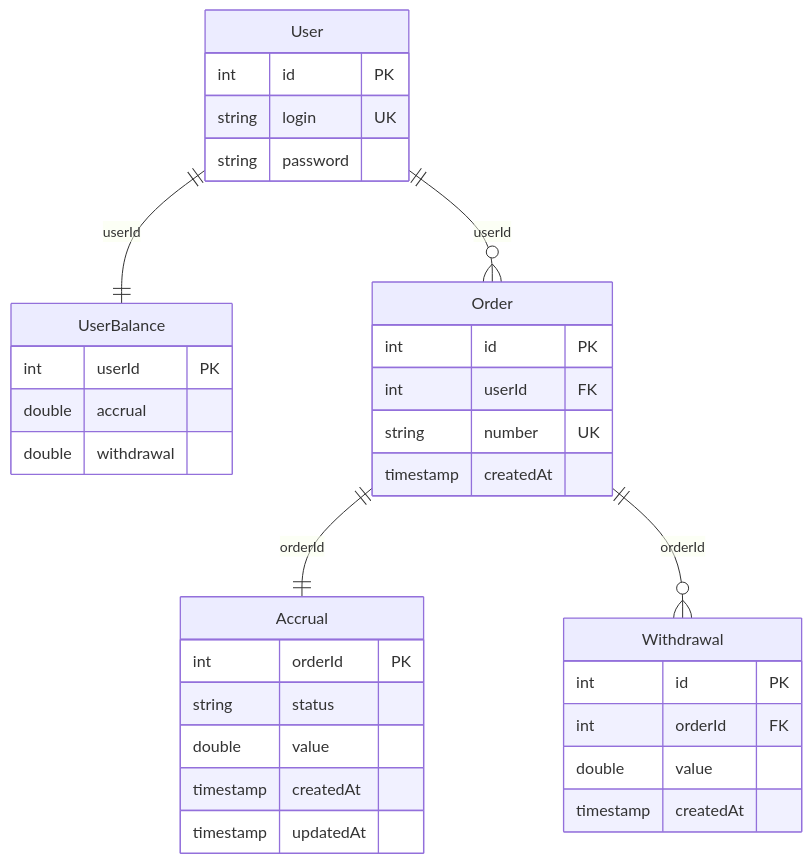
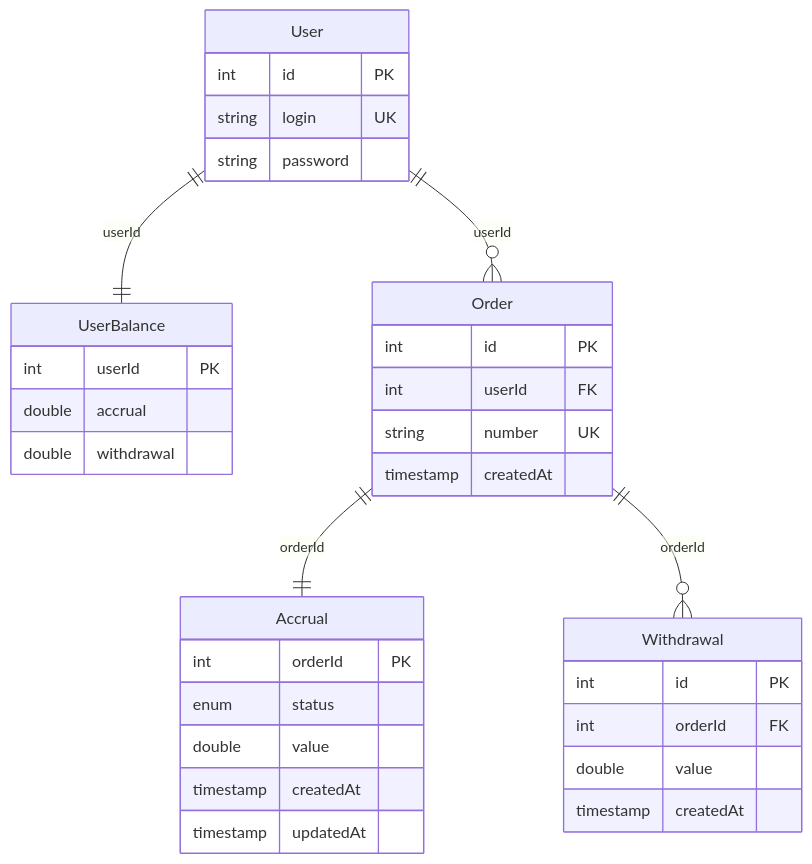
One commit to dcwk/gophermart changed the first of 3 diagrams in README.md. Above: the diagram before and after it, drawn with Mermaid. The commit also changed other lines of this file, not shown here.

Commit message:
Исправил диаграммы по результатам 1-1

````diff
--- a/README.md
+++ b/README.md
@@ -6,41 +6,41 @@
 ```mermaid
 erDiagram
 User ||--|| UserBalance: userId
 User ||--o{ Order: userId
 Order ||--|| Accrual: orderId
 Order ||--o{ Withdrawal: orderId
 
 User {
     int id PK
     string login UK
     string password
 }
 
 UserBalance {
     int userId PK
     double accrual
     double withdrawal
 }
 
 Order {
     int id PK
     int userId FK
     string number UK
     timestamp createdAt 
 }
 
 Accrual {
     int orderId PK
-    string status
+    enum status
     double value
     timestamp createdAt
     timestamp updatedAt
 }
 
 Withdrawal {
     int id PK
     int orderId FK
     double value
     timestamp createdAt
 }
 ```
````
